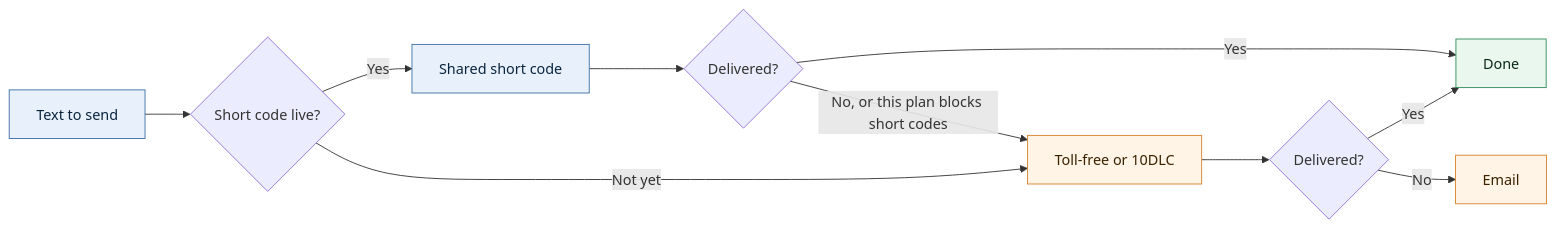
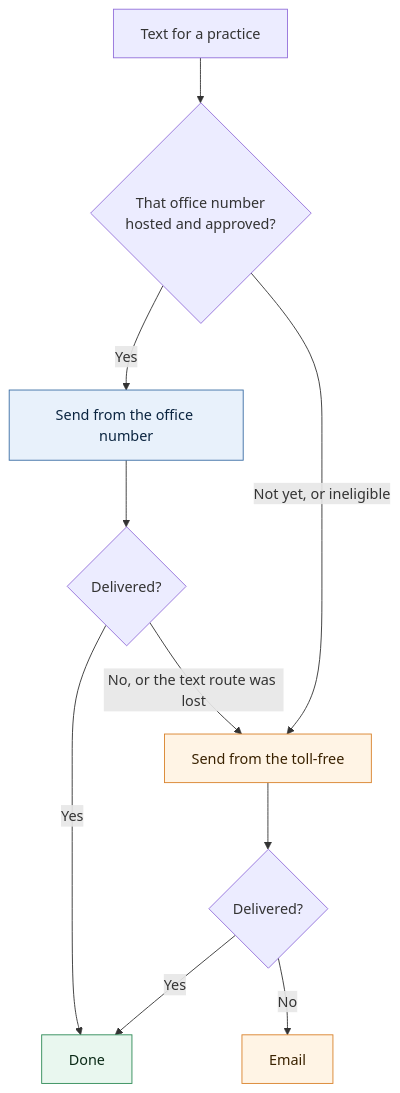
One commit to daava-hq/shared-docs changed the second of 2 diagrams in docs/office-number-texting-report.md. Above: the diagram before and after it, drawn with Mermaid. The commit also changed other lines of this file and 2 other files, not shown here.

Commit message:
docs: center the report on office-number texting, start on a toll-free

````diff
--- a/docs/office-number-texting-report.md
+++ b/docs/office-number-texting-report.md
@@ -30,19 +88,19 @@
 ```mermaid
-flowchart LR
-  MSG["Text to send"] --> LIVE{"Short code live?"}
-  LIVE -->|Yes| SC["Shared short code"]
-  LIVE -->|Not yet| FB["Toll-free or 10DLC"]
-  SC --> OK{"Delivered?"}
+flowchart TD
+  MSG["Text for a practice"] --> READY{"That office number<br/>hosted and approved?"}
+  READY -->|Yes| OFFICE["Send from the office number"]
+  READY -->|Not yet, or ineligible| TF["Send from the toll-free"]
+  OFFICE --> OK{"Delivered?"}
   OK -->|Yes| DONE["Done"]
-  OK -->|No, or this plan blocks short codes| FB
-  FB --> STILL{"Delivered?"}
+  OK -->|No, or the text route was lost| TF
+  TF --> STILL{"Delivered?"}
   STILL -->|Yes| DONE
   STILL -->|No| EMAIL["Email"]
 
-  classDef now fill:#e8f1fb,stroke:#3b6ea5,color:#0b2540;
+  classDef office fill:#e9f7ef,stroke:#2e8b57,color:#0b2a17;
   classDef fall fill:#fff4e5,stroke:#d9822b,color:#3a2200;
-  classDef done fill:#e9f7ef,stroke:#2e8b57,color:#0b2a17;
-  class MSG,SC now;
-  class FB,EMAIL fall;
-  class DONE done;
+  classDef done fill:#e8f1fb,stroke:#3b6ea5,color:#0b2540;
+  class OFFICE done;
+  class TF,EMAIL fall;
+  class DONE office;
 ```
````
